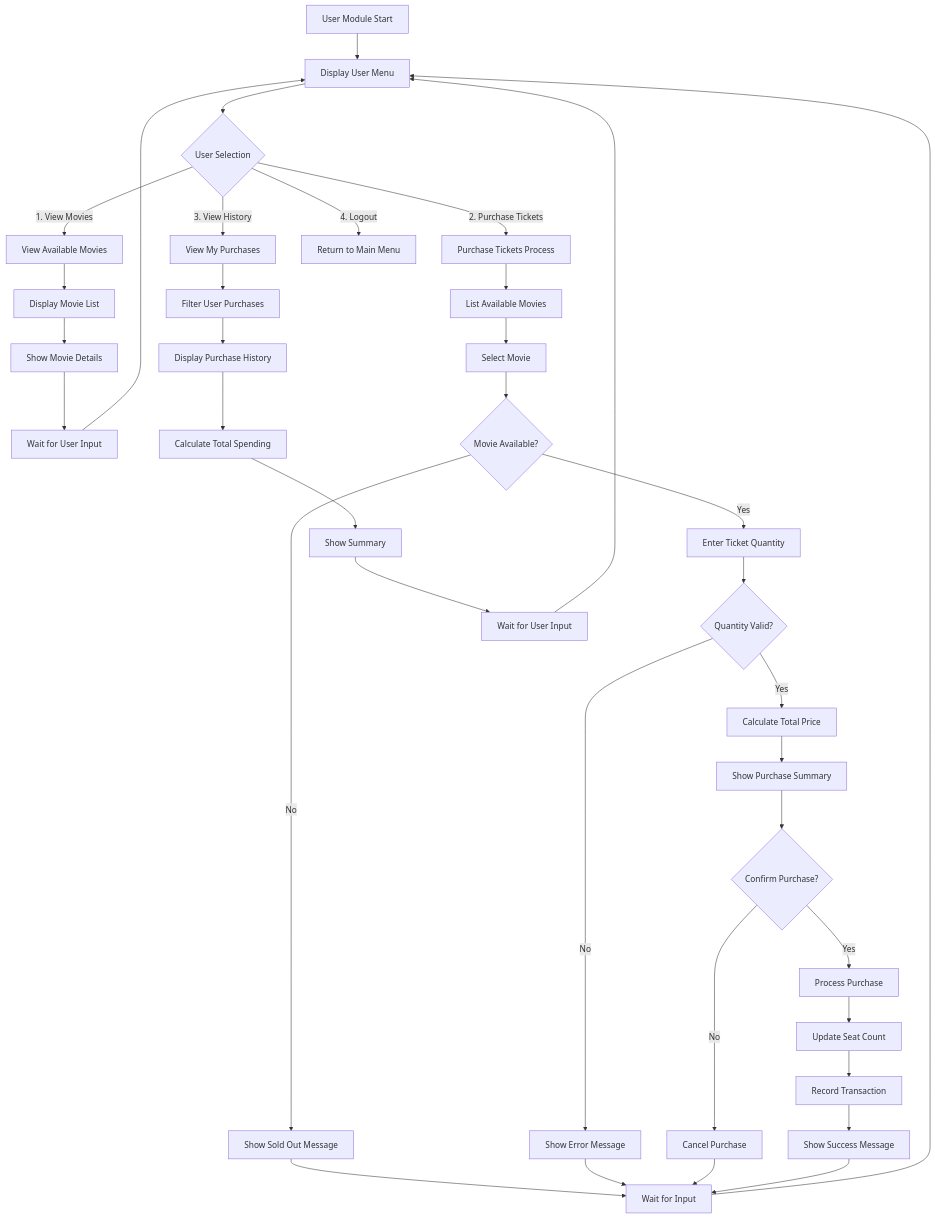
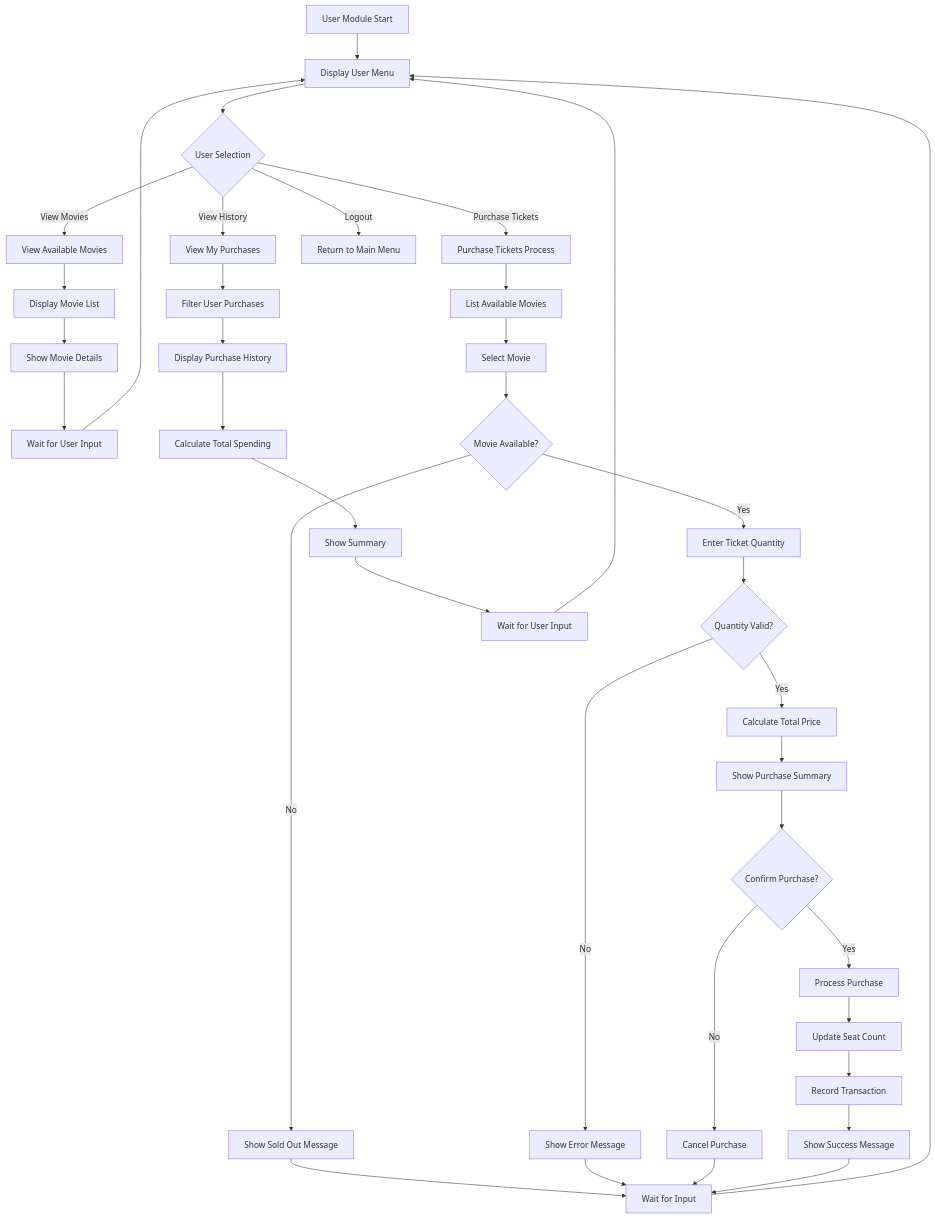
Before and after one commit to QUENJiX/test.github.io: the third of 5 diagrams in README.md, drawn with Mermaid. The commit also changed other lines of this file, not shown here.

````diff
--- a/README.md
+++ b/README.md
@@ -455,39 +455,39 @@
 ```mermaid
 graph TD
     A[User Module Start] --> B[Display User Menu]
     B --> C{User Selection}
-    C -->|1. View Movies| D[View Available Movies]
-    C -->|2. Purchase Tickets| E[Purchase Tickets Process]
-    C -->|3. View History| F[View My Purchases]
-    C -->|4. Logout| G[Return to Main Menu]
+    C -->|View Movies| D[View Available Movies]
+    C -->|Purchase Tickets| E[Purchase Tickets Process]
+    C -->|View History| F[View My Purchases]
+    C -->|Logout| G[Return to Main Menu]
     D --> H[Display Movie List]
     H --> I[Show Movie Details]
     I --> J[Wait for User Input]
     J --> B
     E --> K[List Available Movies]
     K --> L[Select Movie]
     L --> M{Movie Available?}
     M -->|No| N[Show Sold Out Message]
     N --> O[Wait for Input]
     O --> B
     M -->|Yes| P[Enter Ticket Quantity]
     P --> Q{Quantity Valid?}
     Q -->|No| R[Show Error Message]
     R --> O
     Q -->|Yes| S[Calculate Total Price]
     S --> T[Show Purchase Summary]
     T --> U{Confirm Purchase?}
     U -->|No| V[Cancel Purchase]
     V --> O
     U -->|Yes| W[Process Purchase]
     W --> X[Update Seat Count]
     X --> Y[Record Transaction]
     Y --> Z[Show Success Message]
     Z --> O
     F --> AA[Filter User Purchases]
     AA --> AB[Display Purchase History]
     AB --> AC[Calculate Total Spending]
     AC --> AD[Show Summary]
     AD --> AE[Wait for User Input]
     AE --> B
 ```
````
